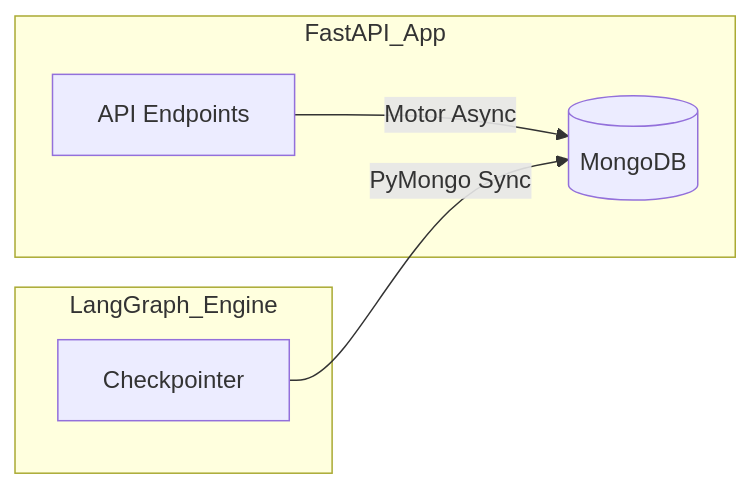
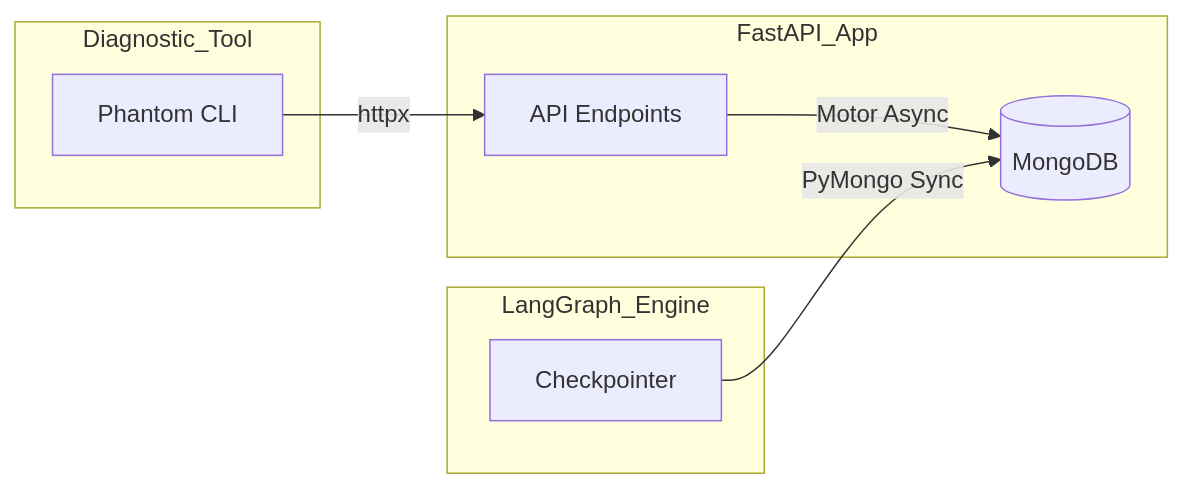
The diagram in Resumen_Backend.md (AndreSaul16/Backend_SHPERE), drawn with Mermaid before and after one commit. The commit also changed other lines of this file, not shown here.

````diff
--- a/Resumen_Backend.md
+++ b/Resumen_Backend.md
@@ -132,9 +127,12 @@
-```mermaid
-graph LR
-    subgraph FastAPI_App
-        A[API Endpoints] -->|Motor Async| B[(MongoDB)]
-    end
-    subgraph LangGraph_Engine
-        C[Checkpointer] -->|PyMongo Sync| B
-    end
-```
+ ```mermaid
+ graph LR
+     subgraph FastAPI_App
+         A[API Endpoints] -->|Motor Async| B[(MongoDB)]
+     end
+     subgraph LangGraph_Engine
+         C[Checkpointer] -->|PyMongo Sync| B
+     end
+     subgraph Diagnostic_Tool
+         D[Phantom CLI] -->|httpx| A
+     end
+ ```
````
